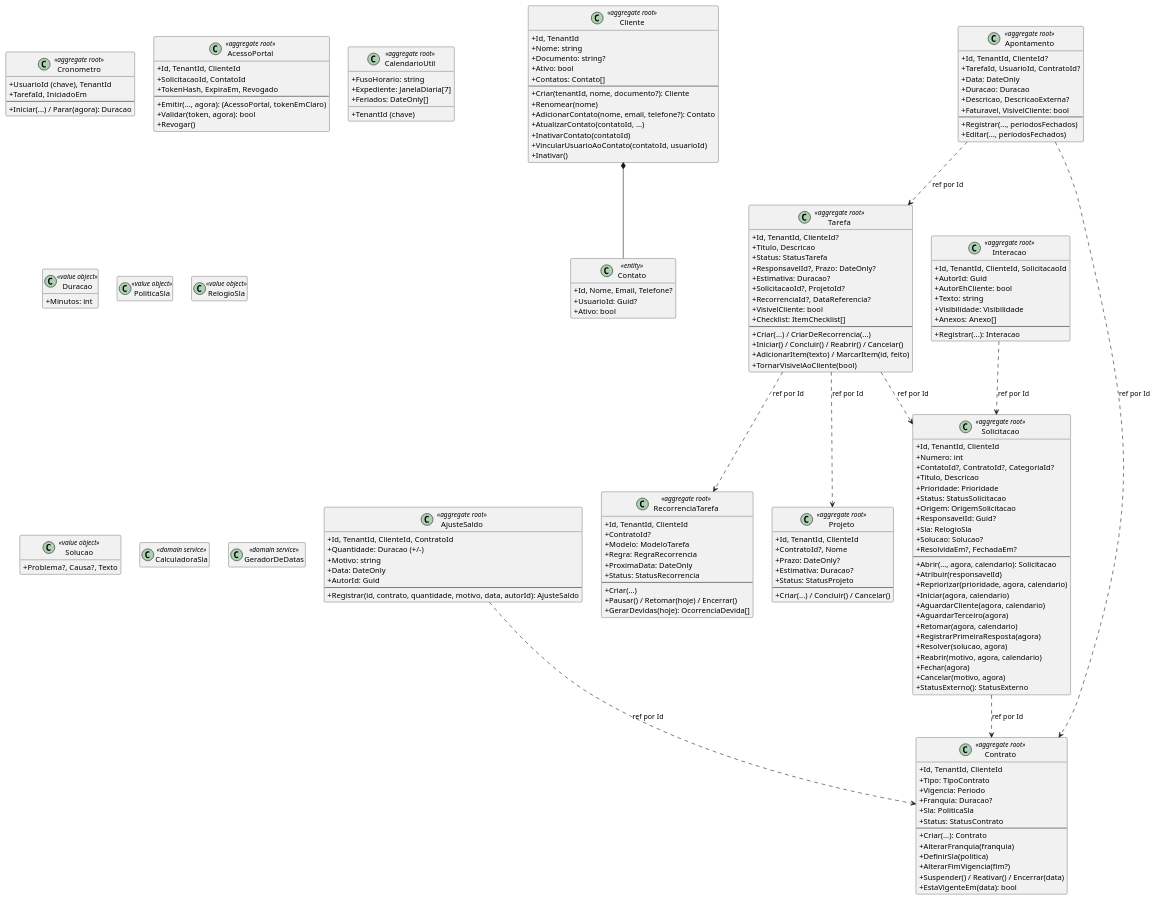
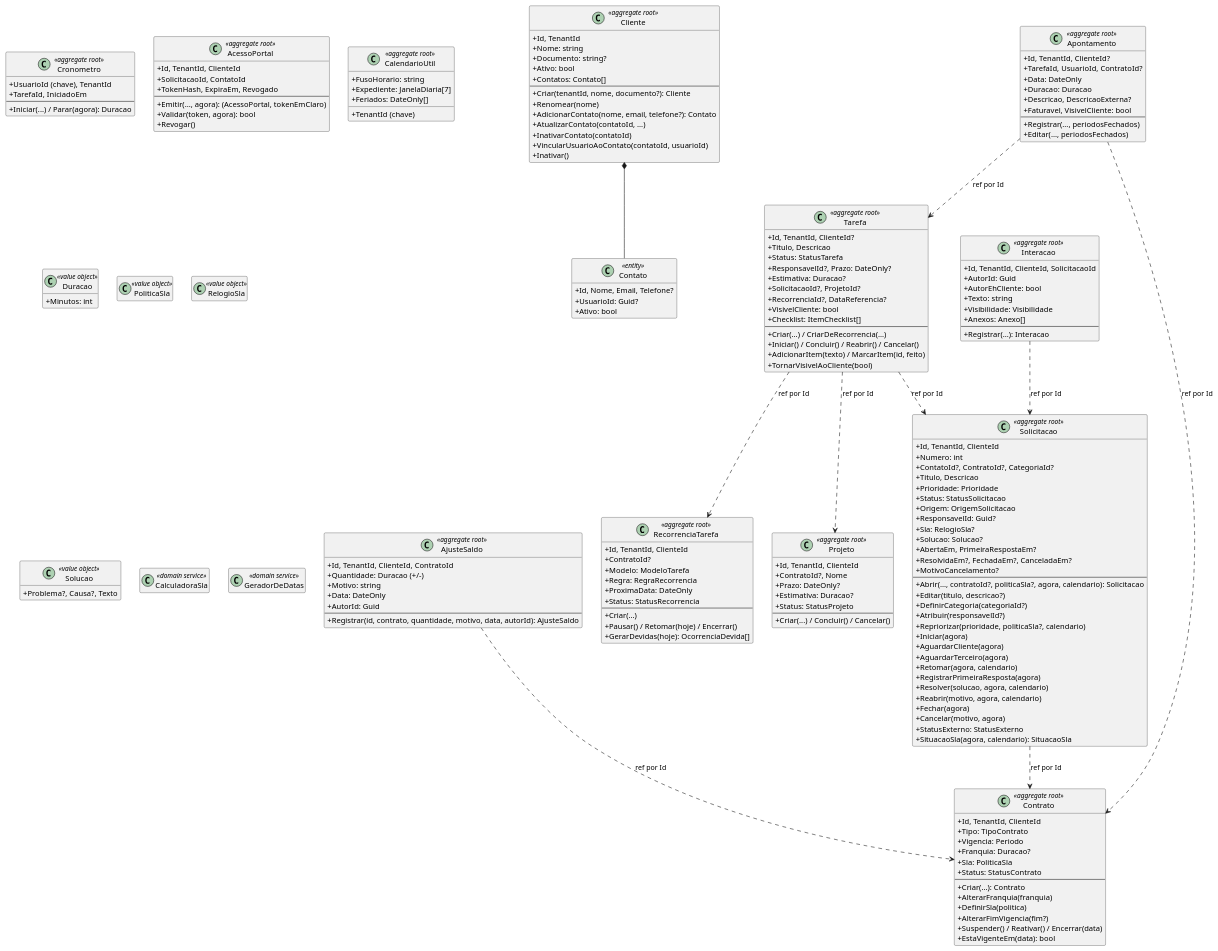
Before and after one commit to dansantxs/Acordu: the diagram in docs/modelo-de-dominio-acordu.md, drawn with PlantUML. The commit also changed other lines of this file and 1 other file, not shown here.

First line of the commit message:
docs: alinha modelo e read side ao RelogioSla e à Solicitacao

```diff
--- a/docs/modelo-de-dominio-acordu.md
+++ b/docs/modelo-de-dominio-acordu.md
@@ -88,23 +88,28 @@
   +Status: StatusSolicitacao
   +Origem: OrigemSolicitacao
   +ResponsavelId: Guid?
-  +Sla: RelogioSla
+  +Sla: RelogioSla?
   +Solucao: Solucao?
-  +ResolvidaEm?, FechadaEm?
+  +AbertaEm, PrimeiraRespostaEm?
+  +ResolvidaEm?, FechadaEm?, CanceladaEm?
+  +MotivoCancelamento?
   --
-  +Abrir(..., agora, calendario): Solicitacao
-  +Atribuir(responsavelId)
-  +Repriorizar(prioridade, agora, calendario)
-  +Iniciar(agora, calendario)
-  +AguardarCliente(agora, calendario)
+  +Abrir(..., contratoId?, politicaSla?, agora, calendario): Solicitacao
+  +Editar(titulo, descricao?)
+  +DefinirCategoria(categoriaId?)
+  +Atribuir(responsavelId?)
+  +Repriorizar(prioridade, politicaSla?, calendario)
+  +Iniciar(agora)
+  +AguardarCliente(agora)
   +AguardarTerceiro(agora)
   +Retomar(agora, calendario)
   +RegistrarPrimeiraResposta(agora)
-  +Resolver(solucao, agora)
+  +Resolver(solucao, agora, calendario)
   +Reabrir(motivo, agora, calendario)
   +Fechar(agora)
   +Cancelar(motivo, agora)
-  +StatusExterno(): StatusExterno
+  +StatusExterno: StatusExterno
+  +SituacaoSla(agora, calendario): SituacaoSla
 }
 
 class Interacao <<aggregate root>> {
```
